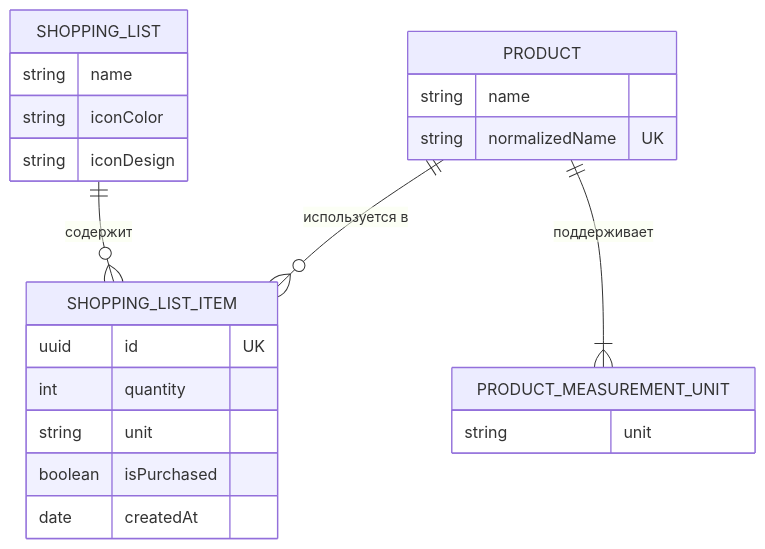
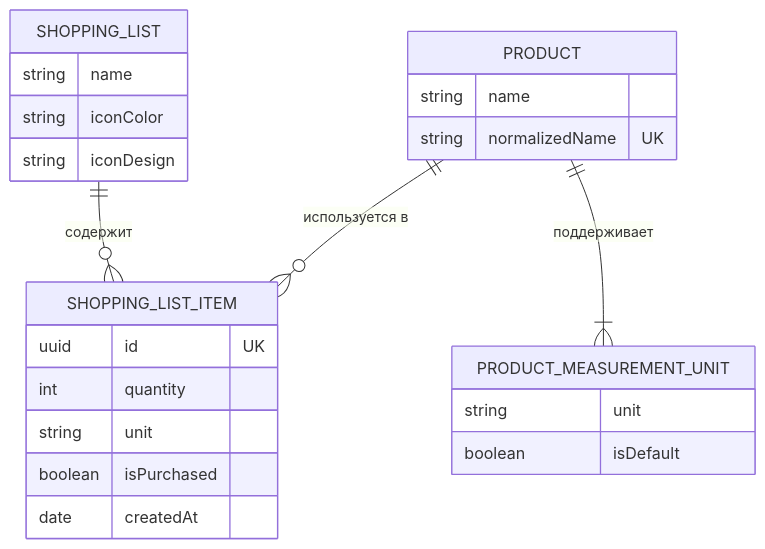
Before and after one commit to tik-tak-ololo/DemoSwiftData: the first of 2 diagrams in README.md, drawn with Mermaid. The commit also changed other lines of this file and 6 other files, not shown here.

````diff
--- a/README.md
+++ b/README.md
@@ -18,29 +18,30 @@
 ```mermaid
 erDiagram
     SHOPPING_LIST ||--o{ SHOPPING_LIST_ITEM : "содержит"
     PRODUCT ||--o{ SHOPPING_LIST_ITEM : "используется в"
     PRODUCT ||--|{ PRODUCT_MEASUREMENT_UNIT : "поддерживает"
 
     SHOPPING_LIST {
         string name
         string iconColor
         string iconDesign
     }
 
     SHOPPING_LIST_ITEM {
         uuid id UK
         int quantity
         string unit
         boolean isPurchased
         date createdAt
     }
 
     PRODUCT {
         string name
         string normalizedName UK
     }
 
     PRODUCT_MEASUREMENT_UNIT {
         string unit
+        boolean isDefault
     }
 ```
````
